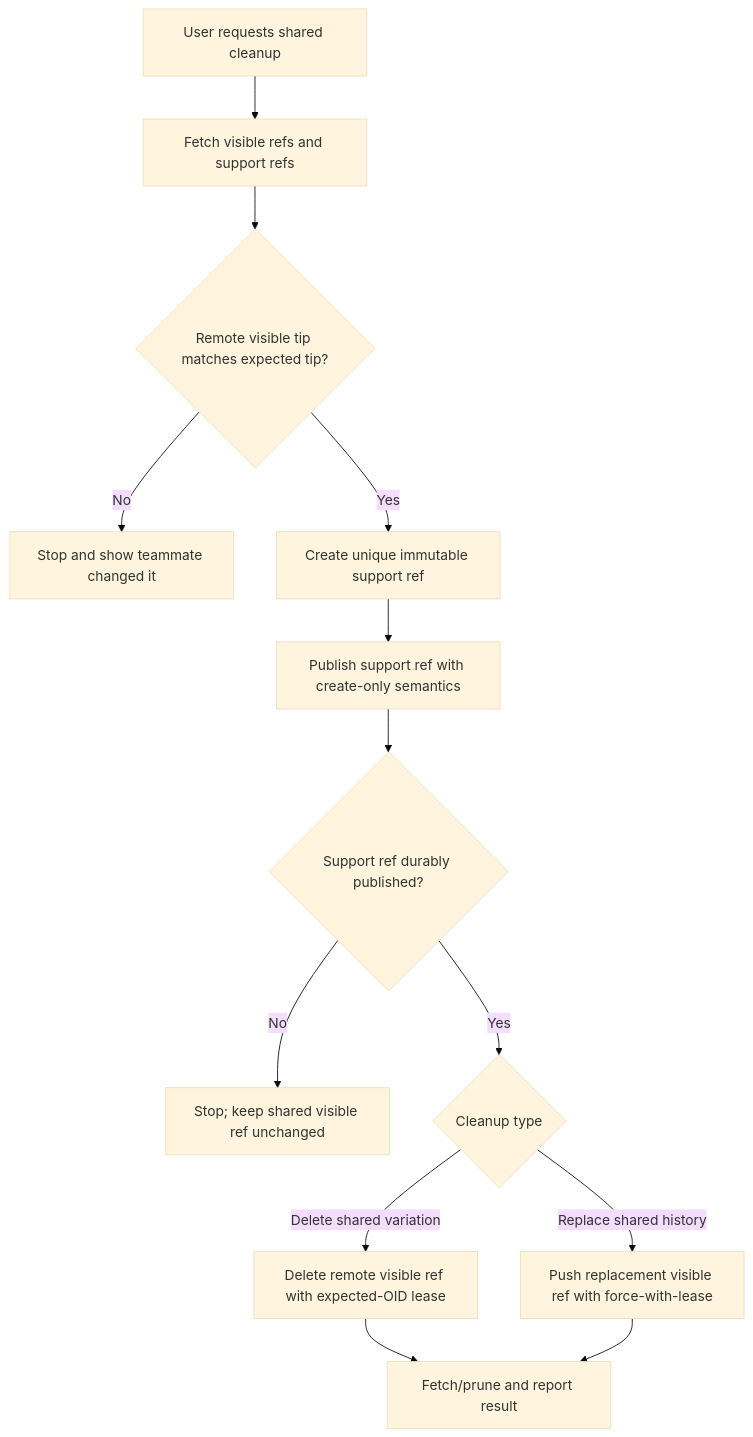
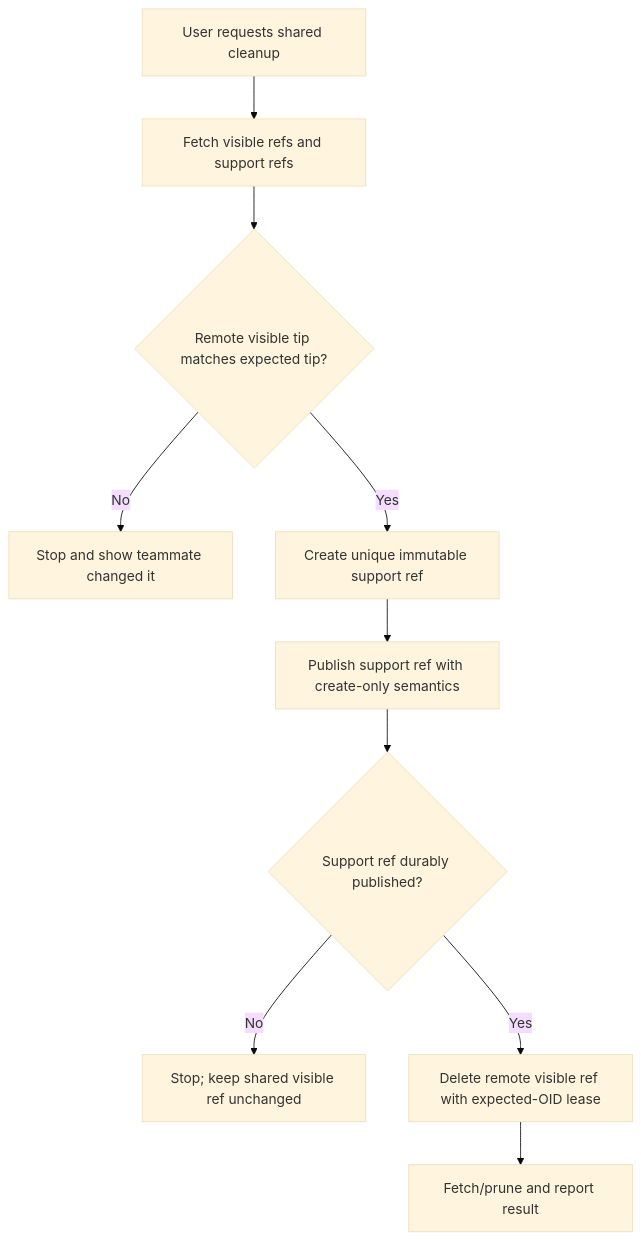
Before and after one commit to sethjuarez/draftline: the third of 11 diagrams in docs/scenario-flows/recovery-cleanup.md, drawn with Mermaid (base theme). The commit also changed other lines of this file and 44 other files, not shown here.

````diff
--- a/docs/scenario-flows/recovery-cleanup.md
+++ b/docs/scenario-flows/recovery-cleanup.md
@@ -94,15 +57,12 @@
 ```mermaid
 flowchart TD
     A[User requests shared cleanup] --> B[Fetch visible refs and support refs]
     B --> C{Remote visible tip matches expected tip?}
     C -- No --> D[Stop and show teammate changed it]
     C -- Yes --> E[Create unique immutable support ref]
     E --> F[Publish support ref with create-only semantics]
     F --> G{Support ref durably published?}
     G -- No --> H[Stop; keep shared visible ref unchanged]
-    G -- Yes --> I{Cleanup type}
-    I -- Delete shared variation --> J[Delete remote visible ref with expected-OID lease]
-    I -- Replace shared history --> K[Push replacement visible ref with force-with-lease]
+    G -- Yes --> J[Delete remote visible ref with expected-OID lease]
     J --> L[Fetch/prune and report result]
-    K --> L
 ```
````
